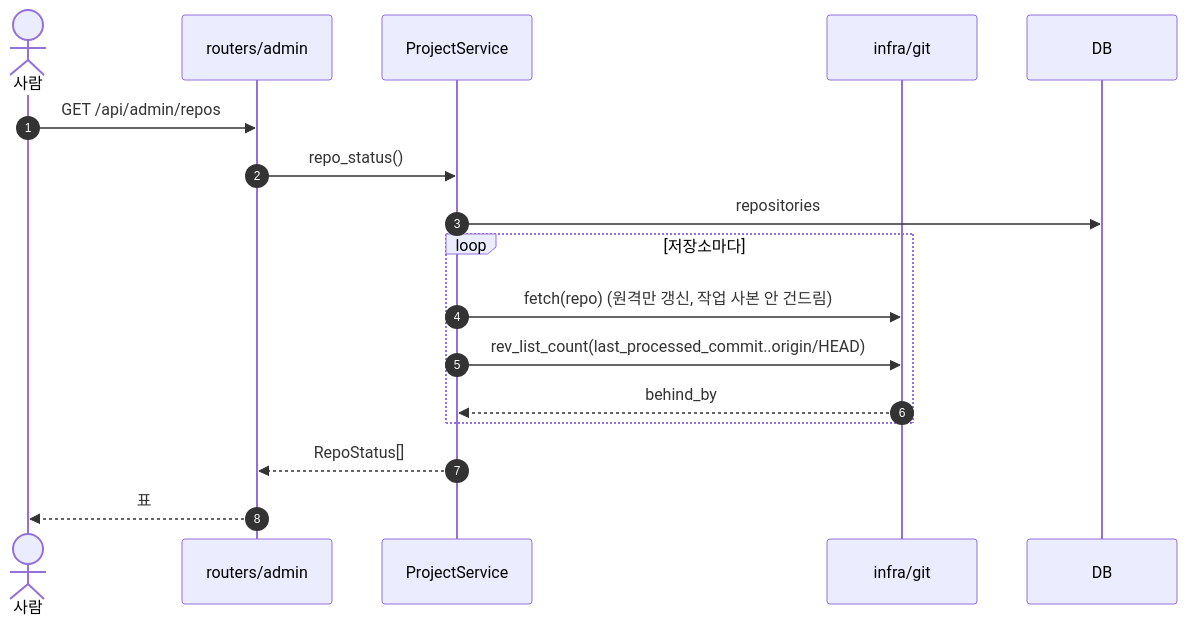
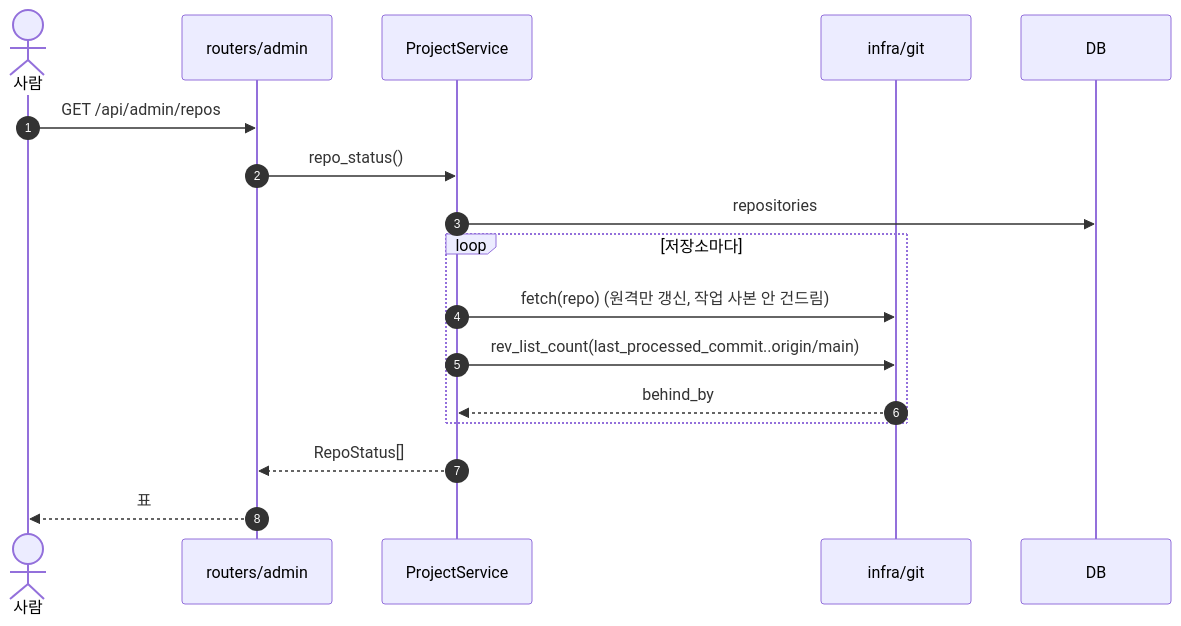
One commit to HoyoungParkme/syncdoc changed diagram 20 of 23 in docs/specs/09-SEQ/SYNC-SEQ-001.md. Above: the diagram before and after it, drawn with Mermaid. The commit also changed other lines of this file and 11 other files, not shown here.

````diff
--- a/docs/specs/09-SEQ/SYNC-SEQ-001.md
+++ b/docs/specs/09-SEQ/SYNC-SEQ-001.md
@@ -995,20 +1000,20 @@
 ```mermaid
 sequenceDiagram
     autonumber
     actor U as 사람
     participant RA as routers/admin
     participant PS as ProjectService
     participant G as infra/git
     participant DB
 
     U->>RA: GET /api/admin/repos
     RA->>PS: repo_status()
     PS->>DB: repositories
     loop 저장소마다
         PS->>G: fetch(repo) (원격만 갱신, 작업 사본 안 건드림)
-        PS->>G: rev_list_count(last_processed_commit..origin/HEAD)
+        PS->>G: rev_list_count(last_processed_commit..origin/main)
         G-->>PS: behind_by
     end
     PS-->>RA: RepoStatus[]
     RA-->>U: 표
 ```
````
